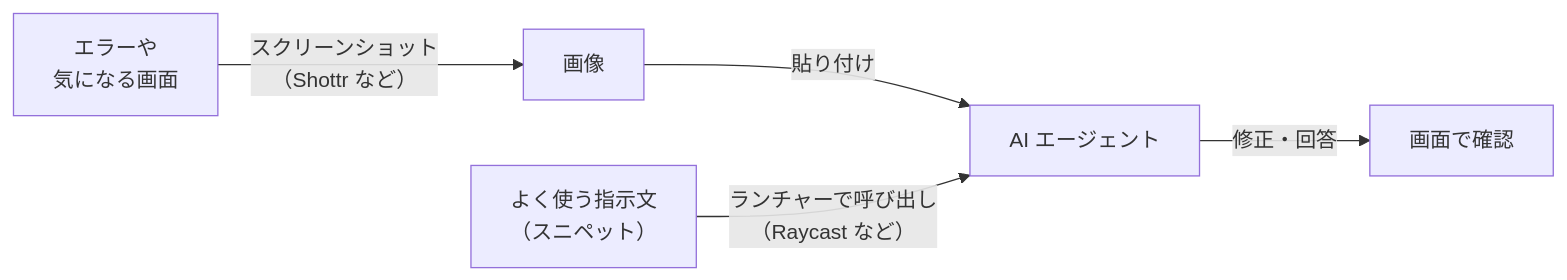
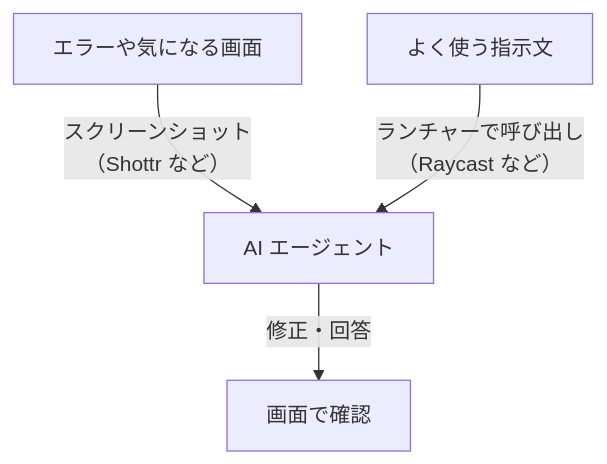
Before and after one commit to fujitamasayoshi0402/ai-dev-setup: the sixth of 6 diagrams in docs/03-tools.md, drawn with Mermaid. The commit also changed other lines of this file and 5 other files, not shown here.

First line of the commit message:
docs: 図を縦長のレイアウトにして、GitHub のボタンと重ならないように修正

````diff
--- a/docs/03-tools.md
+++ b/docs/03-tools.md
@@ -274,7 +266,6 @@
 ```mermaid
-flowchart LR
-    err["エラーや<br>気になる画面"] -- "スクリーンショット<br>（Shottr など）" --> img["画像"]
-    img -- "貼り付け" --> agent["AI エージェント"]
-    snip["よく使う指示文<br>（スニペット）"] -- "ランチャーで呼び出し<br>（Raycast など）" --> agent
+flowchart TD
+    err["エラーや気になる画面"] -- "スクリーンショット<br>（Shottr など）" --> agent["AI エージェント"]
+    snip["よく使う指示文"] -- "ランチャーで呼び出し<br>（Raycast など）" --> agent
     agent -- "修正・回答" --> check["画面で確認"]
 ```
````
